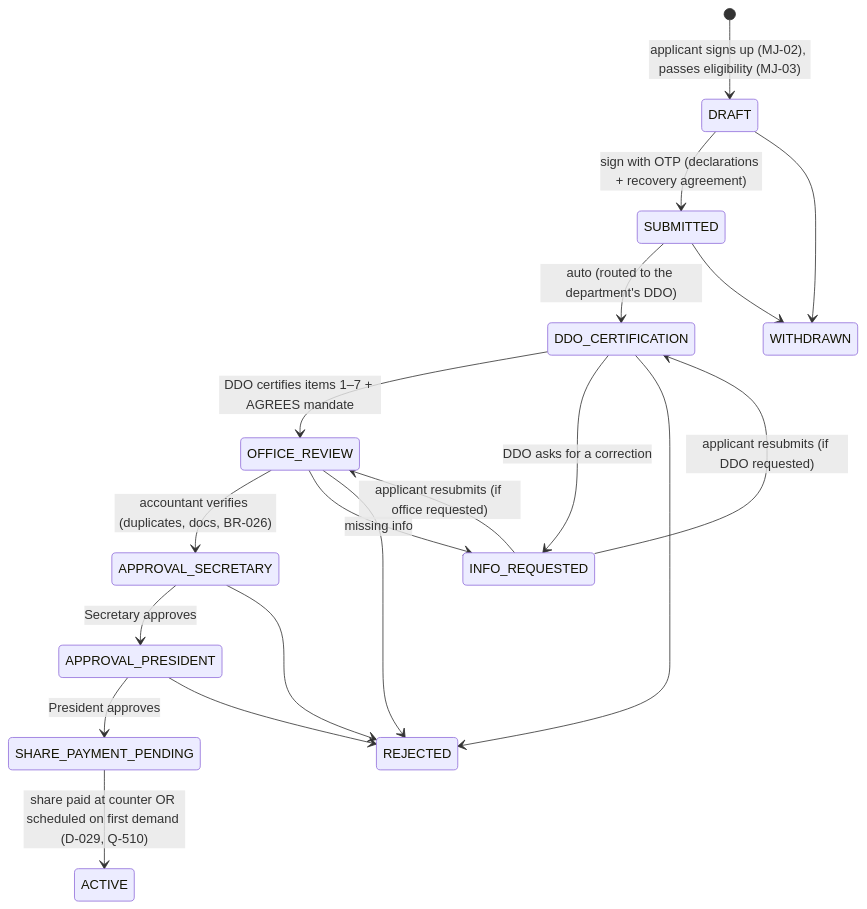
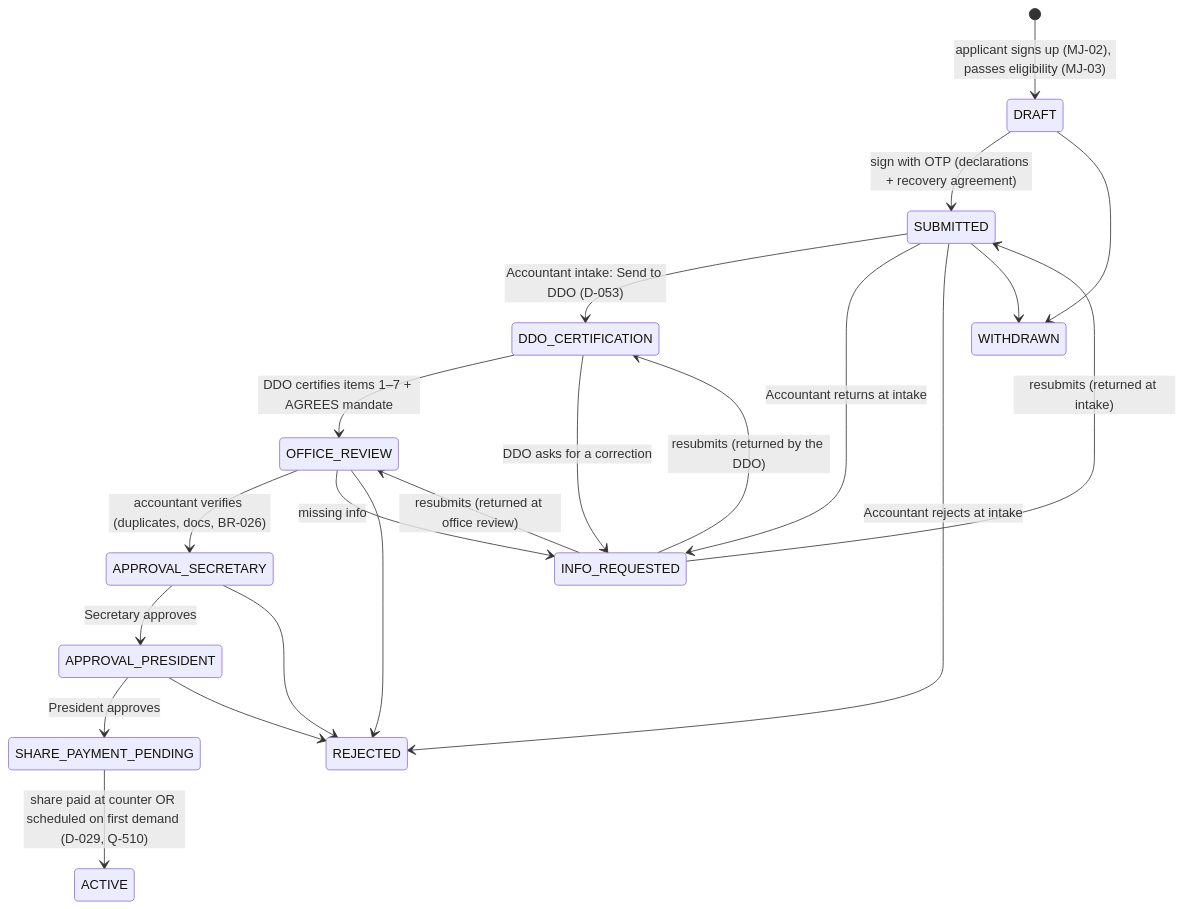
One commit to itsyourpriyansu-cloud/co-op changed the second of 4 diagrams in docs/10-workflows.md. Above: the diagram before and after it, drawn with Mermaid. The commit also changed other lines of this file and 232 other files, not shown here.

````diff
--- a/docs/10-workflows.md
+++ b/docs/10-workflows.md
@@ -72,21 +72,23 @@
 ```mermaid
 stateDiagram-v2
   [*] --> DRAFT : applicant signs up (MJ-02), passes eligibility (MJ-03)
   DRAFT --> SUBMITTED : sign with OTP (declarations + recovery agreement)
-  SUBMITTED --> DDO_CERTIFICATION : auto (routed to the department's DDO)
+  SUBMITTED --> DDO_CERTIFICATION : Accountant intake: Send to DDO (D-053)
+  SUBMITTED --> INFO_REQUESTED : Accountant returns at intake
+  SUBMITTED --> REJECTED : Accountant rejects at intake
   DDO_CERTIFICATION --> OFFICE_REVIEW : DDO certifies items 1–7 + AGREES mandate
   DDO_CERTIFICATION --> INFO_REQUESTED : DDO asks for a correction
   OFFICE_REVIEW --> APPROVAL_SECRETARY : accountant verifies (duplicates, docs, BR-026)
   OFFICE_REVIEW --> INFO_REQUESTED : missing info
-  INFO_REQUESTED --> DDO_CERTIFICATION : applicant resubmits (if DDO requested)
-  INFO_REQUESTED --> OFFICE_REVIEW : applicant resubmits (if office requested)
+  INFO_REQUESTED --> SUBMITTED : resubmits (returned at intake)
+  INFO_REQUESTED --> DDO_CERTIFICATION : resubmits (returned by the DDO)
+  INFO_REQUESTED --> OFFICE_REVIEW : resubmits (returned at office review)
   APPROVAL_SECRETARY --> APPROVAL_PRESIDENT : Secretary approves
   APPROVAL_PRESIDENT --> SHARE_PAYMENT_PENDING : President approves
   SHARE_PAYMENT_PENDING --> ACTIVE : share paid at counter OR scheduled on first demand (D-029, Q-510)
-  DDO_CERTIFICATION --> REJECTED
   OFFICE_REVIEW --> REJECTED
   APPROVAL_SECRETARY --> REJECTED
   APPROVAL_PRESIDENT --> REJECTED
   DRAFT --> WITHDRAWN
   SUBMITTED --> WITHDRAWN
 ```
````
